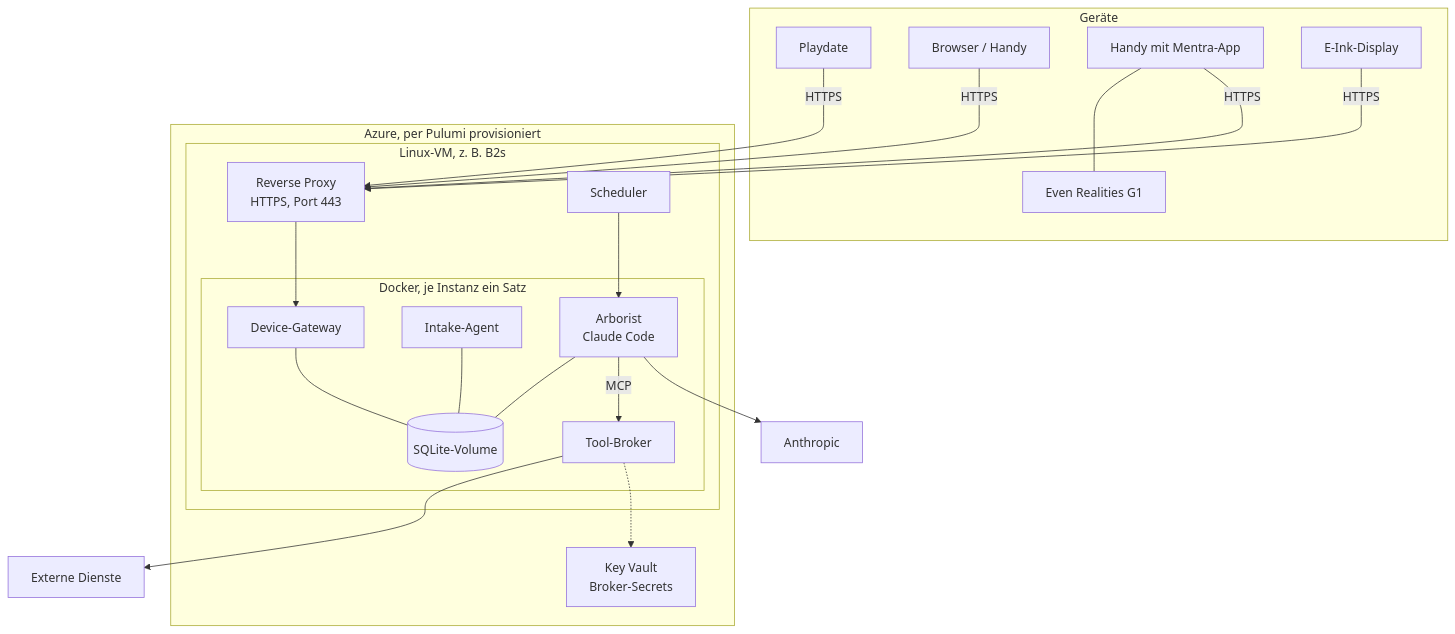
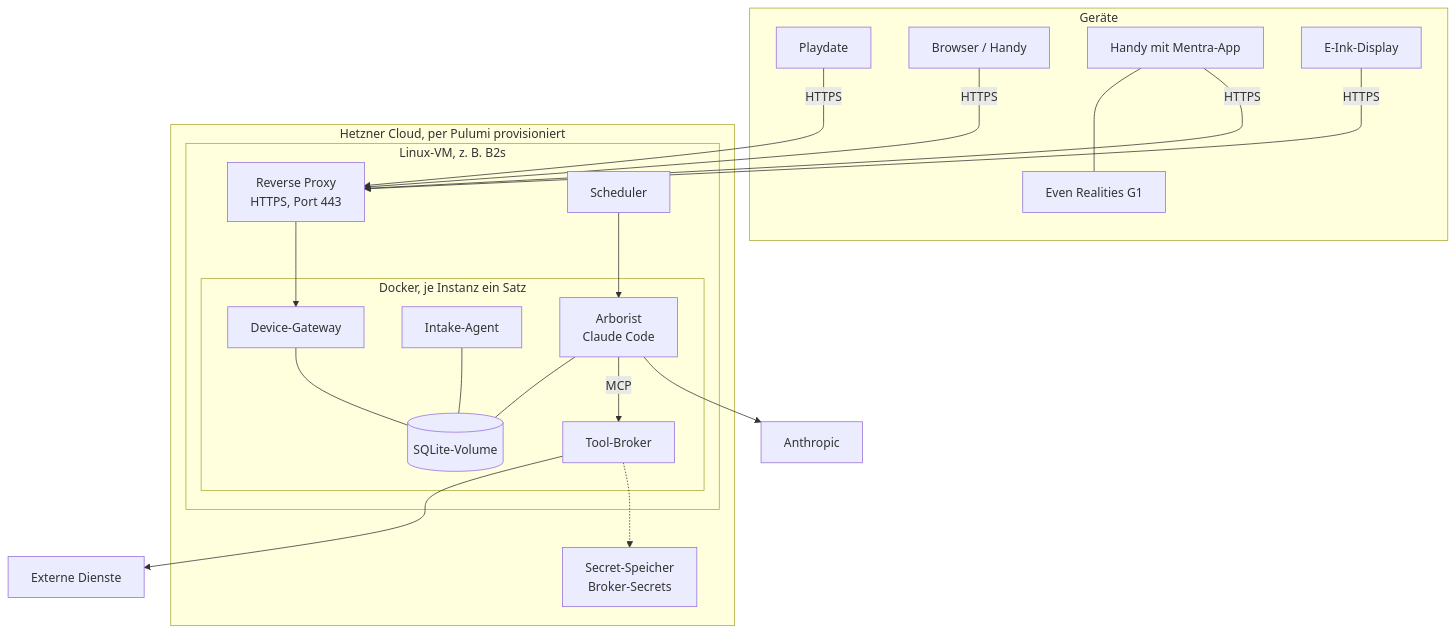
Diagram 12 of 13 in docs/arc42.md (merlinbecker/playdate-claude-client), drawn with Mermaid before and after one commit. The commit also changed other lines of this file and 24 other files, not shown here.

````diff
--- a/docs/arc42.md
+++ b/docs/arc42.md
@@ -339,36 +363,36 @@
 ```mermaid
 flowchart TB
     subgraph Geräte
         PD[Playdate]
         WEB[Browser / Handy]
         PH[Handy mit Mentra-App] --- G1[Even Realities G1]
         EI[E-Ink-Display]
     end
 
-    subgraph Azure[Azure, per Pulumi provisioniert]
+    subgraph Azure[Hetzner Cloud, per Pulumi provisioniert]
         subgraph VM[Linux-VM, z. B. B2s]
             RP[Reverse Proxy<br/>HTTPS, Port 443]
             subgraph Docker[Docker, je Instanz ein Satz]
                 GW[Device-Gateway]
                 IN[Intake-Agent]
                 AR[Arborist<br/>Claude Code]
                 BR[Tool-Broker]
                 DB[(SQLite-Volume)]
             end
             SCH[Scheduler]
         end
-        KV[Key Vault<br/>Broker-Secrets]
+        KV[Secret-Speicher<br/>Broker-Secrets]
     end
 
     ANT[Anthropic]
     EXT[Externe Dienste]
 
     PD & WEB & PH & EI -->|HTTPS| RP --> GW
     GW --- DB
     IN --- DB
     AR --- DB
     AR -->|MCP| BR --> EXT
     BR -.-> KV
     AR --> ANT
     SCH --> AR
 ```
````
